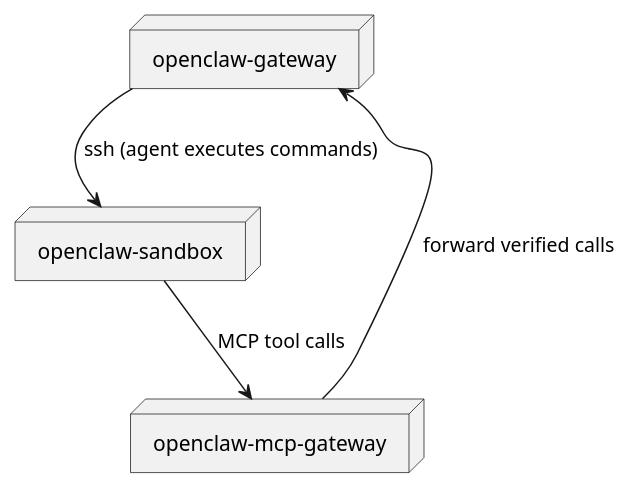
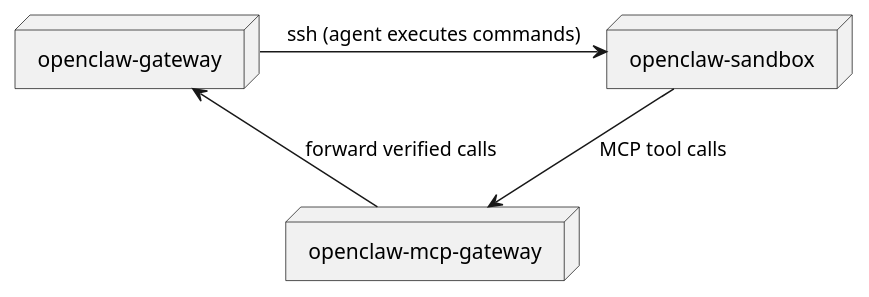
The first of 2 diagrams in README.md (mwaeckerlin/openclaw-mcp-gateway), drawn with PlantUML before and after one commit.

Commit message:
improve plantuml

````diff
--- a/README.md
+++ b/README.md
@@ -7,11 +7,11 @@
 ```plantuml
 @startuml
 node "openclaw-gateway" as gateway
 node "openclaw-sandbox" as sandbox
 node "openclaw-mcp-gateway" as mcp
 
-gateway --> sandbox : ssh (agent executes commands)
-sandbox --> mcp    : MCP tool calls
-mcp --> gateway    : forward verified calls
+gateway --right--> sandbox : ssh (agent executes commands)
+sandbox -down-> mcp    : MCP tool calls
+mcp -up-> gateway    : forward verified calls
 @enduml
 ```
````
